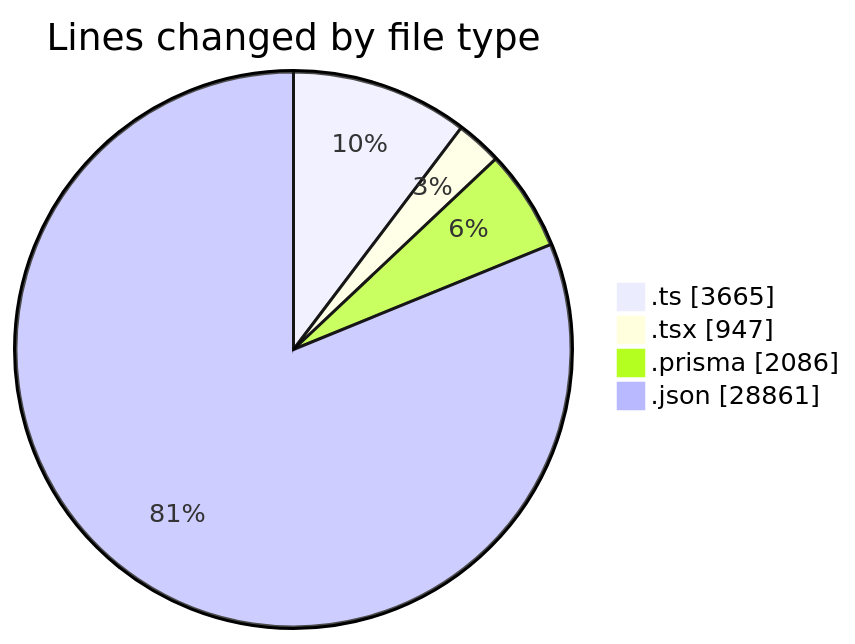
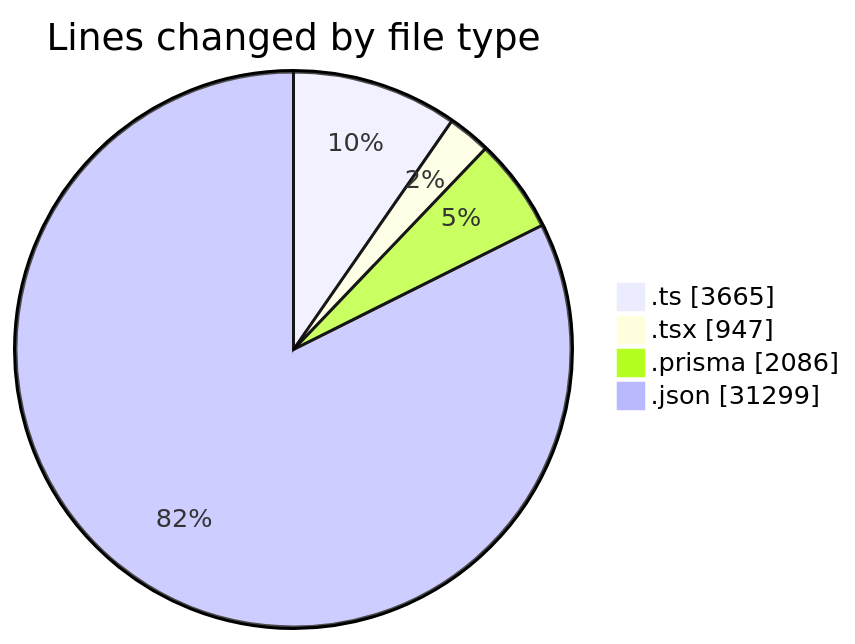
One commit to CELIANVF/code-tracking changed the first of 2 diagrams in 2025-05-19/ecodeli-1/README.md. Above: the diagram before and after it, drawn with Mermaid. The commit also changed other lines of this file and 1 other file, not shown here.

````diff
--- a/2025-05-19/ecodeli-1/README.md
+++ b/2025-05-19/ecodeli-1/README.md
@@ -32,8 +32,8 @@
 ```mermaid
 pie showData
 title Lines changed by file type
 ".ts" : 3665
 ".tsx" : 947
 ".prisma" : 2086
-".json" : 28861
+".json" : 31299
 ```
````
